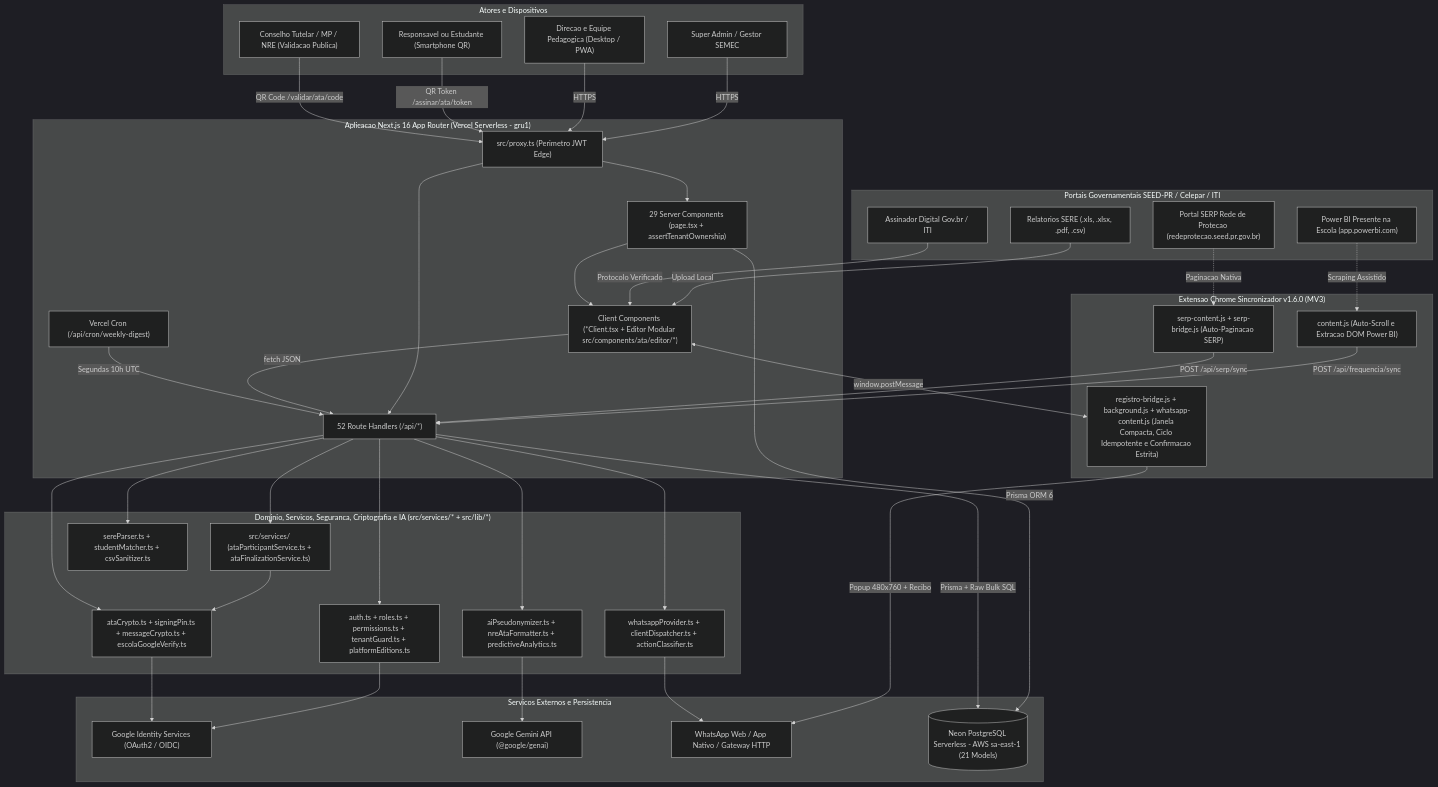
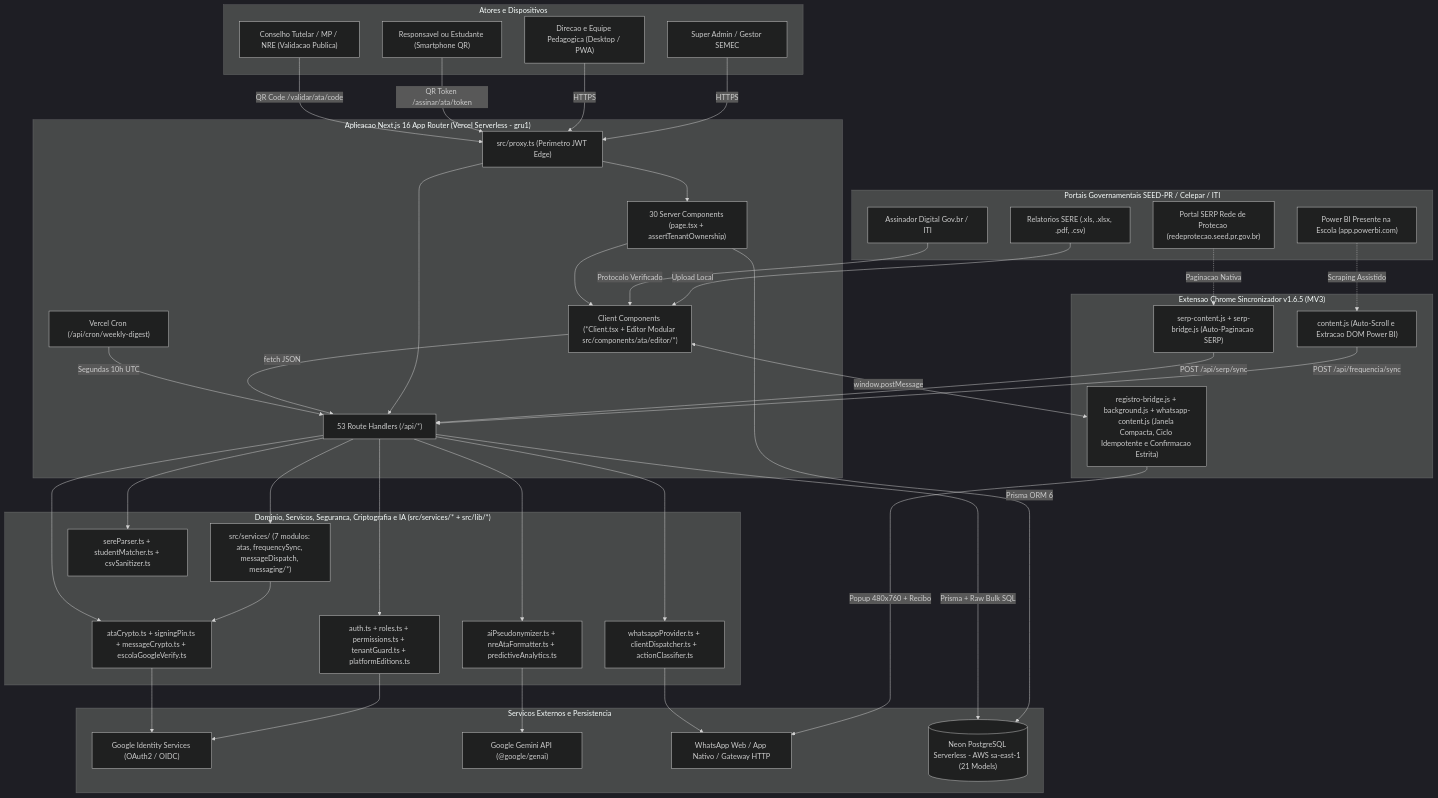
One commit to MarcosWrobel/rede-ativa changed the first of 3 diagrams in docs/ARQUITETURA_E_ENGENHARIA.md. Above: the diagram before and after it, drawn with Mermaid (dark theme). The commit also changed other lines of this file and 86 other files, not shown here.

````diff
--- a/docs/ARQUITETURA_E_ENGENHARIA.md
+++ b/docs/ARQUITETURA_E_ENGENHARIA.md
@@ -24,81 +24,81 @@
 ```mermaid
 flowchart TD
     subgraph Actors ["Atores e Dispositivos"]
         SuperAdmin["Super Admin / Gestor SEMEC"]
         Staff["Direcao e Equipe Pedagogica (Desktop / PWA)"]
         Guardian["Responsavel ou Estudante (Smartphone QR)"]
         ExternalAuth["Conselho Tutelar / MP / NRE (Validacao Publica)"]
     end
 
     subgraph GovPortals ["Portais Governamentais SEED-PR / Celepar / ITI"]
         SERE["Relatorios SERE (.xls, .xlsx, .pdf, .csv)"]
         PBI["Power BI Presente na Escola (app.powerbi.com)"]
         SERP["Portal SERP Rede de Protecao (redeprotecao.seed.pr.gov.br)"]
         GovBr["Assinador Digital Gov.br / ITI"]
     end
 
-    subgraph Extension ["Extensao Chrome Sincronizador v1.6.0 (MV3)"]
+    subgraph Extension ["Extensao Chrome Sincronizador v1.6.5 (MV3)"]
         PBIContent["content.js (Auto-Scroll e Extracao DOM Power BI)"]
         SERPBridge["serp-content.js + serp-bridge.js (Auto-Paginacao SERP)"]
         WABridge["registro-bridge.js + background.js + whatsapp-content.js (Janela Compacta, Ciclo Idempotente e Confirmacao Estrita)"]
     end
 
     subgraph NextApp ["Aplicacao Next.js 16 App Router (Vercel Serverless - gru1)"]
         EdgeProxy["src/proxy.ts (Perimetro JWT Edge)"]
-        RSC["29 Server Components (page.tsx + assertTenantOwnership)"]
+        RSC["30 Server Components (page.tsx + assertTenantOwnership)"]
         ClientUI["Client Components (*Client.tsx + Editor Modular src/components/ata/editor/*)"]
-        APIRoutes["52 Route Handlers (/api/*)"]
+        APIRoutes["53 Route Handlers (/api/*)"]
         CronJob["Vercel Cron (/api/cron/weekly-digest)"]
     end
 
     subgraph CoreLibs ["Dominio, Servicos, Seguranca, Criptografia e IA (src/services/* + src/lib/*)"]
-        DomainServices["src/services/ (ataParticipantService.ts + ataFinalizationService.ts)"]
+        DomainServices["src/services/ (7 modulos: atas, frequencySync, messageDispatch, messaging/*)"]
         AuthLib["auth.ts + roles.ts + permissions.ts + tenantGuard.ts + platformEditions.ts"]
         CryptoLib["ataCrypto.ts + signingPin.ts + messageCrypto.ts + escolaGoogleVerify.ts"]
         ParserLib["sereParser.ts + studentMatcher.ts + csvSanitizer.ts"]
         PrivacyAI["aiPseudonymizer.ts + nreAtaFormatter.ts + predictiveAnalytics.ts"]
         WALib["whatsappProvider.ts + clientDispatcher.ts + actionClassifier.ts"]
     end
 
     subgraph ExternalServices ["Servicos Externos e Persistencia"]
         GoogleOAuth["Google Identity Services (OAuth2 / OIDC)"]
         GeminiAPI["Google Gemini API (@google/genai)"]
         WhatsApp["WhatsApp Web / App Nativo / Gateway HTTP"]
         NeonDB[("Neon PostgreSQL Serverless - AWS sa-east-1 (21 Models)")]
     end
 
     SuperAdmin -->|HTTPS| EdgeProxy
     Staff -->|HTTPS| EdgeProxy
     Guardian -->|QR Token /assinar/ata/token| EdgeProxy
     ExternalAuth -->|QR Code /validar/ata/code| EdgeProxy
 
     SERE -->|Upload Local| ClientUI
     GovBr -->|Protocolo Verificado| ClientUI
     PBI -.->|Scraping Assistido| PBIContent
     SERP -.->|Paginacao Nativa| SERPBridge
     PBIContent -->|POST /api/frequencia/sync| APIRoutes
     SERPBridge -->|POST /api/serp/sync| APIRoutes
     ClientUI <-->|window.postMessage| WABridge
     WABridge -->|Popup 480x760 + Recibo| WhatsApp
 
     EdgeProxy --> RSC
     EdgeProxy --> APIRoutes
     RSC --> ClientUI
     ClientUI -->|fetch JSON| APIRoutes
     CronJob -->|Segundas 10h UTC| APIRoutes
 
     APIRoutes --> DomainServices
     DomainServices --> CryptoLib
     APIRoutes --> AuthLib
     APIRoutes --> CryptoLib
     APIRoutes --> ParserLib
     APIRoutes --> PrivacyAI
     APIRoutes --> WALib
 
     AuthLib --> GoogleOAuth
     CryptoLib --> GoogleOAuth
     PrivacyAI --> GeminiAPI
     WALib --> WhatsApp
     RSC -->|Prisma ORM 6| NeonDB
     APIRoutes -->|Prisma + Raw Bulk SQL| NeonDB
 ```
````
